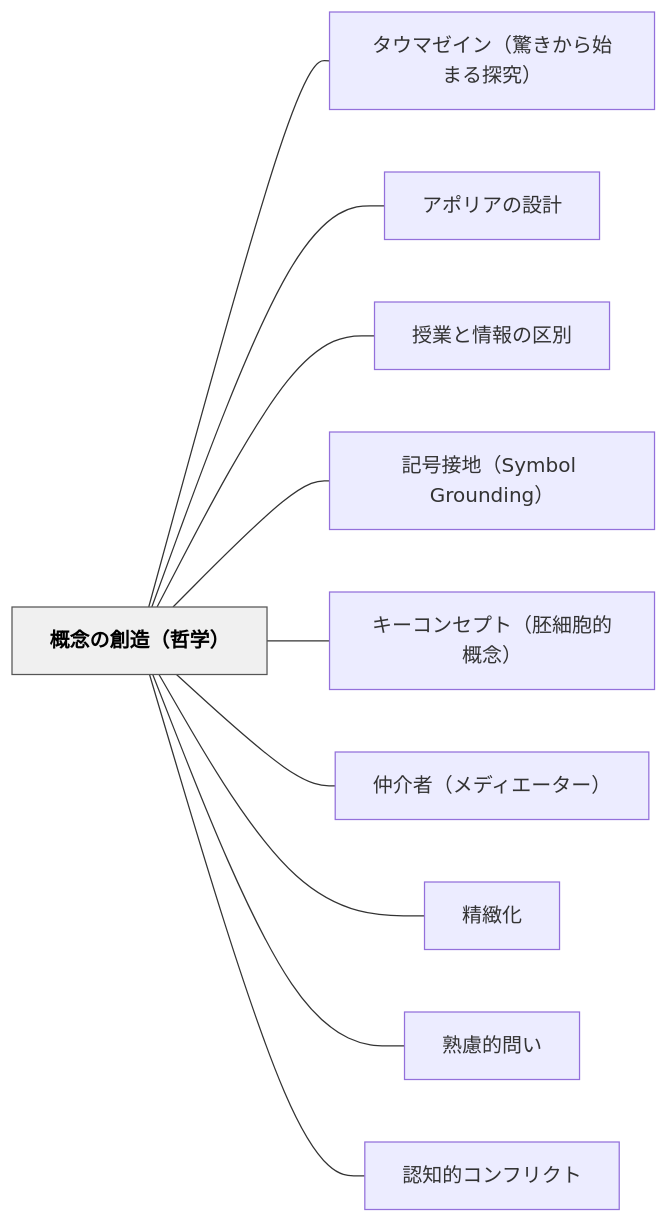
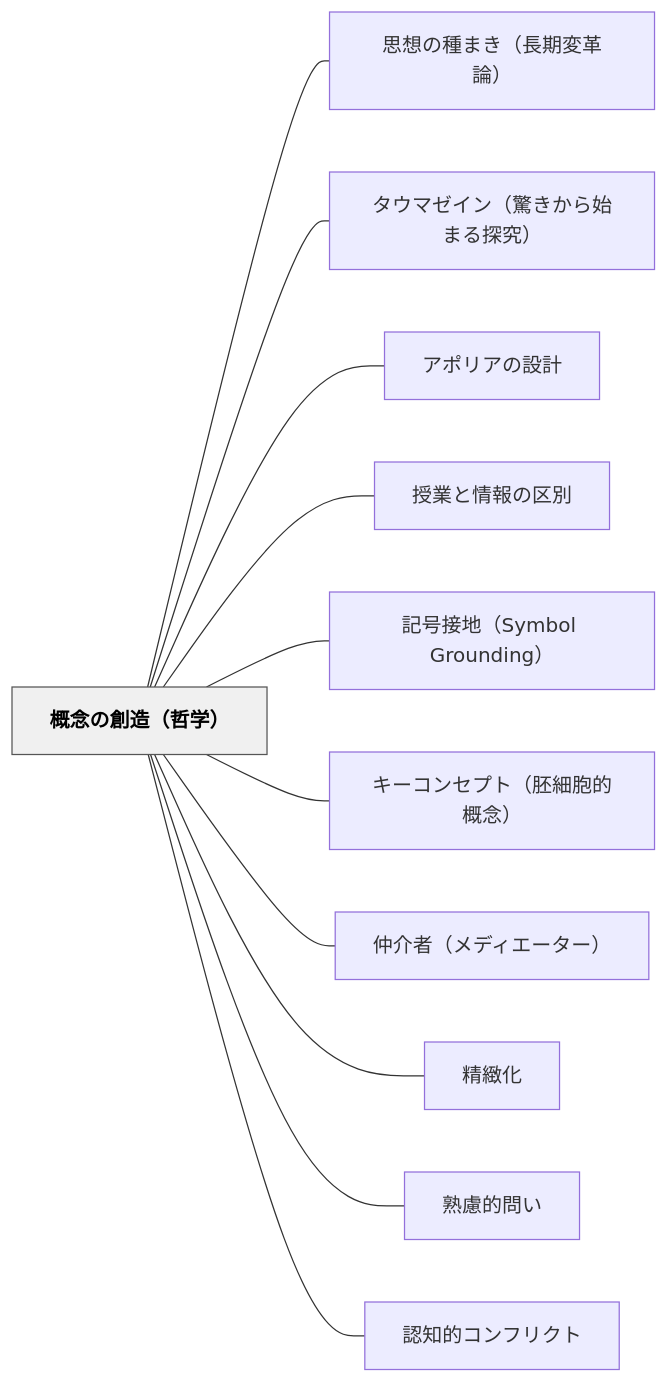
Before and after one commit to unknownthings-ed-patterns/unknownthings-ed-patterns: the diagram in content/パタン/概念の創造（哲学）.md, drawn with Mermaid. The commit also changed other lines of this file and 185 other files, not shown here.

````diff
--- a/content/パタン/概念の創造（哲学）.md
+++ b/content/パタン/概念の創造（哲学）.md
@@ -152,26 +153,28 @@
 ```mermaid
 flowchart LR
     ne6a682e5bfb5e381aee589b5e980a0efbc88e593b2e5ada6efbc89["概念の創造（哲学）"]
+    ne6809de683b3e381aee7a8aee381bee3818defbc88e995b7e69c9fe5a489e99da9e8ab96efbc89["思想の種まき（長期変革論）"]
     ne382bfe382a6e3839ee382bce382a4e383b3efbc88e9a99ae3818de3818be38289e5a78be381bee3828be68ea2e7a9b6efbc89["タウマゼイン（驚きから始まる探究）"]
     ne382a2e3839de383aae382a2e381aee8a8ade8a888["アポリアの設計"]
     ne68e88e6a5ade381a8e68385e5a0b1e381aee58cbae588a5["授業と情報の区別"]
     ne8a898e58fb7e68ea5e59cb0efbc8853796d626f6c2047726f756e64696e67efbc89["記号接地（Symbol Grounding）"]
     ne382ade383bce382b3e383b3e382bbe38397e38388efbc88e8839ae7b4b0e8839ee79a84e6a682e5bfb5efbc89["キーコンセプト（胚細胞的概念）"]
     ne4bbb2e4bb8be88085efbc88e383a1e38387e382a3e382a8e383bce382bfe383bcefbc89["仲介者（メディエーター）"]
     ne7b2bee7b7bbe58c96["精緻化"]
     ne7869fe685aee79a84e5958fe38184["熟慮的問い"]
     ne8aa8de79fa5e79a84e382b3e383b3e38395e383aae382afe38388["認知的コンフリクト"]
 
+    ne6a682e5bfb5e381aee589b5e980a0efbc88e593b2e5ada6efbc89 --- ne6809de683b3e381aee7a8aee381bee3818defbc88e995b7e69c9fe5a489e99da9e8ab96efbc89
     ne6a682e5bfb5e381aee589b5e980a0efbc88e593b2e5ada6efbc89 --- ne382bfe382a6e3839ee382bce382a4e383b3efbc88e9a99ae3818de3818be38289e5a78be381bee3828be68ea2e7a9b6efbc89
     ne6a682e5bfb5e381aee589b5e980a0efbc88e593b2e5ada6efbc89 --- ne382a2e3839de383aae382a2e381aee8a8ade8a888
     ne6a682e5bfb5e381aee589b5e980a0efbc88e593b2e5ada6efbc89 --- ne68e88e6a5ade381a8e68385e5a0b1e381aee58cbae588a5
     ne6a682e5bfb5e381aee589b5e980a0efbc88e593b2e5ada6efbc89 --- ne8a898e58fb7e68ea5e59cb0efbc8853796d626f6c2047726f756e64696e67efbc89
     ne6a682e5bfb5e381aee589b5e980a0efbc88e593b2e5ada6efbc89 --- ne382ade383bce382b3e383b3e382bbe38397e38388efbc88e8839ae7b4b0e8839ee79a84e6a682e5bfb5efbc89
     ne6a682e5bfb5e381aee589b5e980a0efbc88e593b2e5ada6efbc89 --- ne4bbb2e4bb8be88085efbc88e383a1e38387e382a3e382a8e383bce382bfe383bcefbc89
     ne6a682e5bfb5e381aee589b5e980a0efbc88e593b2e5ada6efbc89 --- ne7b2bee7b7bbe58c96
     ne6a682e5bfb5e381aee589b5e980a0efbc88e593b2e5ada6efbc89 --- ne7869fe685aee79a84e5958fe38184
     ne6a682e5bfb5e381aee589b5e980a0efbc88e593b2e5ada6efbc89 --- ne8aa8de79fa5e79a84e382b3e383b3e38395e383aae382afe38388
 
     classDef hub fill:#f0f0f0,stroke:#555,color:#000,font-weight:bold
     class ne6a682e5bfb5e381aee589b5e980a0efbc88e593b2e5ada6efbc89 hub
 ```
````
